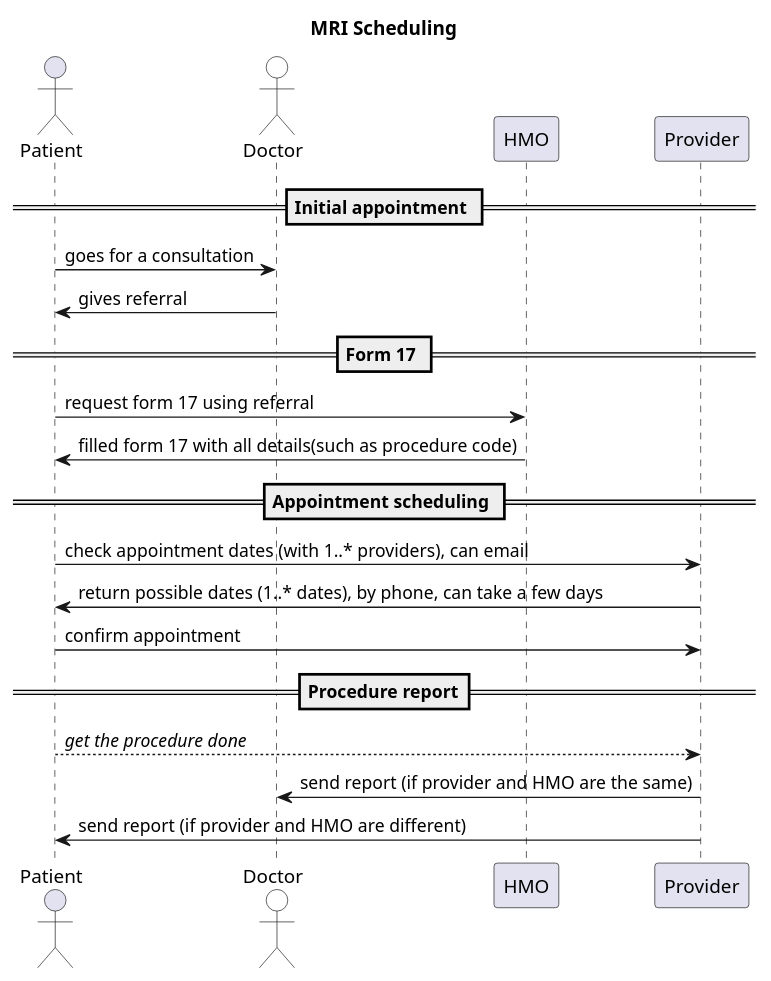
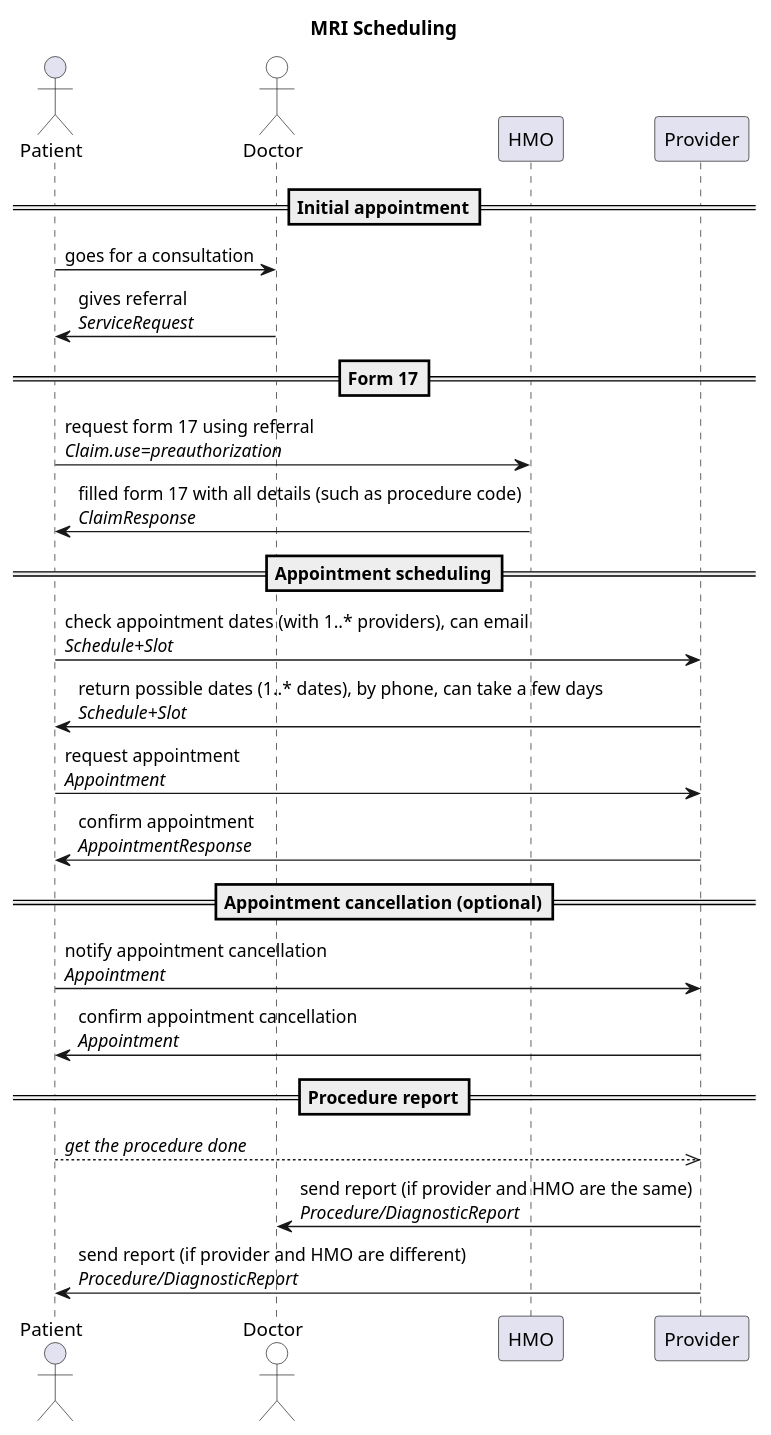
The diagram in input/images-source/workflow.plantuml (vadi2/MRI-Scheduling), drawn with PlantUML before and after one commit. The commit also changed 1 other file, not shown here.

Commit message:
Update workflow diagram

```diff
--- a/input/images-source/workflow.plantuml
+++ b/input/images-source/workflow.plantuml
@@ -1,29 +1,34 @@
 @startuml
 'see documentation at https://plantuml.com/sequence-diagram
 
 title "MRI Scheduling"
 
 actor Patient
 actor Doctor #white
 participant HMO
 participant Provider
 
-== Initial appointment ==
+== Initial appointment==
 Patient -> Doctor: goes for a consultation
-Doctor -> Patient: gives referral
+Doctor -> Patient: gives referral\n//ServiceRequest//
 
-== Form 17 ==
-Patient -> HMO: request form 17 using referral
-HMO -> Patient: filled form 17 with all details(such as procedure code)
+== Form 17==
+Patient -> HMO: request form 17 using referral\n//Claim.use=preauthorization//
+HMO -> Patient: filled form 17 with all details (such as procedure code)\n//ClaimResponse//
 
-== Appointment scheduling ==
-Patient -> Provider: check appointment dates (with 1..* providers), can email
-Provider -> Patient: return possible dates (1..* dates), by phone, can take a few days
-Patient -> Provider: confirm appointment
+== Appointment scheduling==
+Patient -> Provider: check appointment dates (with 1..* providers), can email\n//Schedule+Slot//
+Provider -> Patient: return possible dates (1..* dates), by phone, can take a few days\n//Schedule+Slot//
+Patient -> Provider: request appointment\n//Appointment//
+Provider -> Patient: confirm appointment\n//AppointmentResponse//
+
+== Appointment cancellation (optional)==
+Patient -> Provider: notify appointment cancellation\n//Appointment//
+Provider -> Patient: confirm appointment cancellation\n//Appointment//
 
 == Procedure report==
-Patient --> Provider: //get the procedure done//
-Provider -> Doctor: send report (if provider and HMO are the same)
-Provider -> Patient: send report (if provider and HMO are different)
+Patient -->> Provider: //get the procedure done//
+Provider -> Doctor: send report (if provider and HMO are the same)\n//Procedure/DiagnosticReport//
+Provider -> Patient: send report (if provider and HMO are different)\n//Procedure/DiagnosticReport//
 
 @enduml
```
